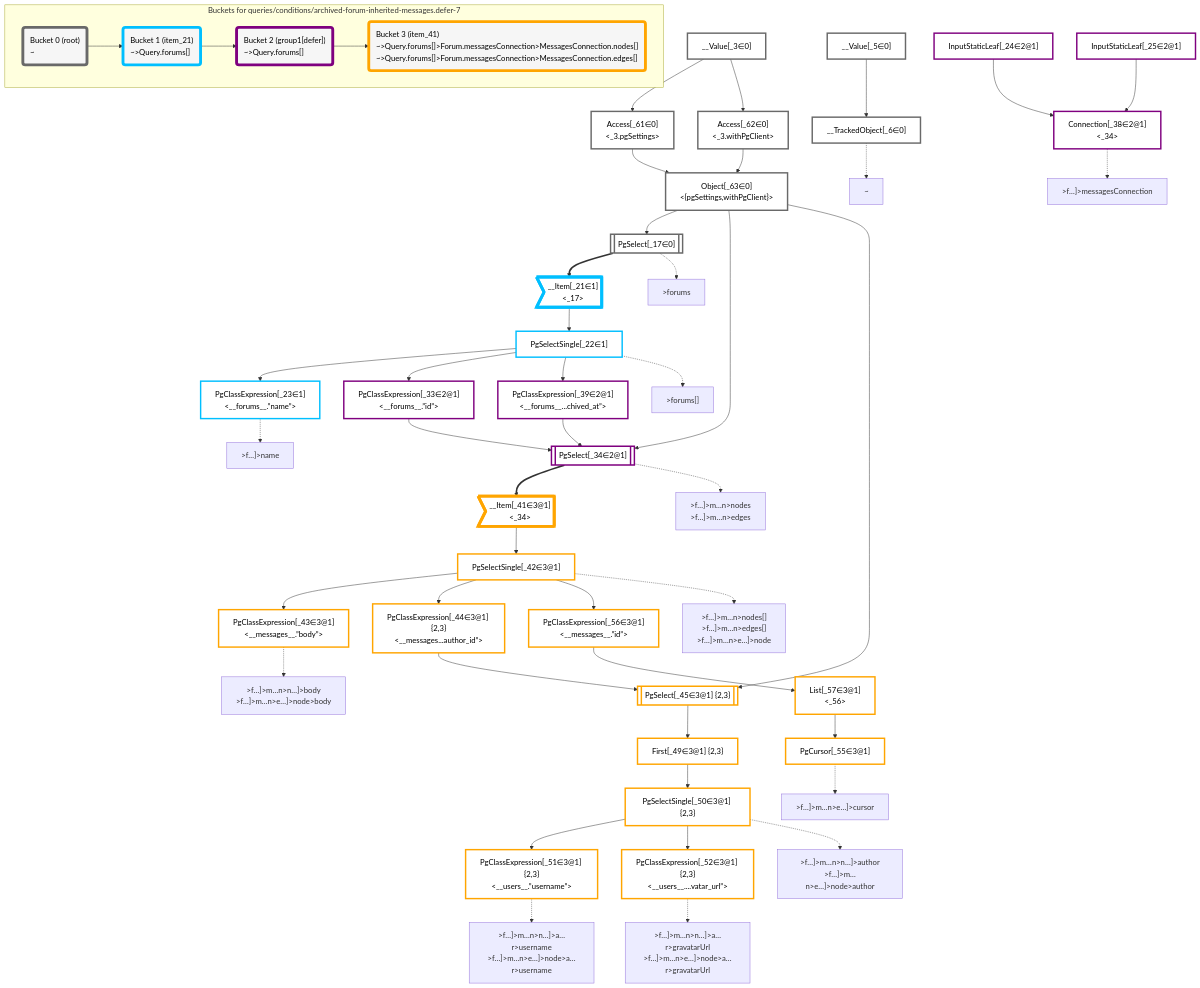
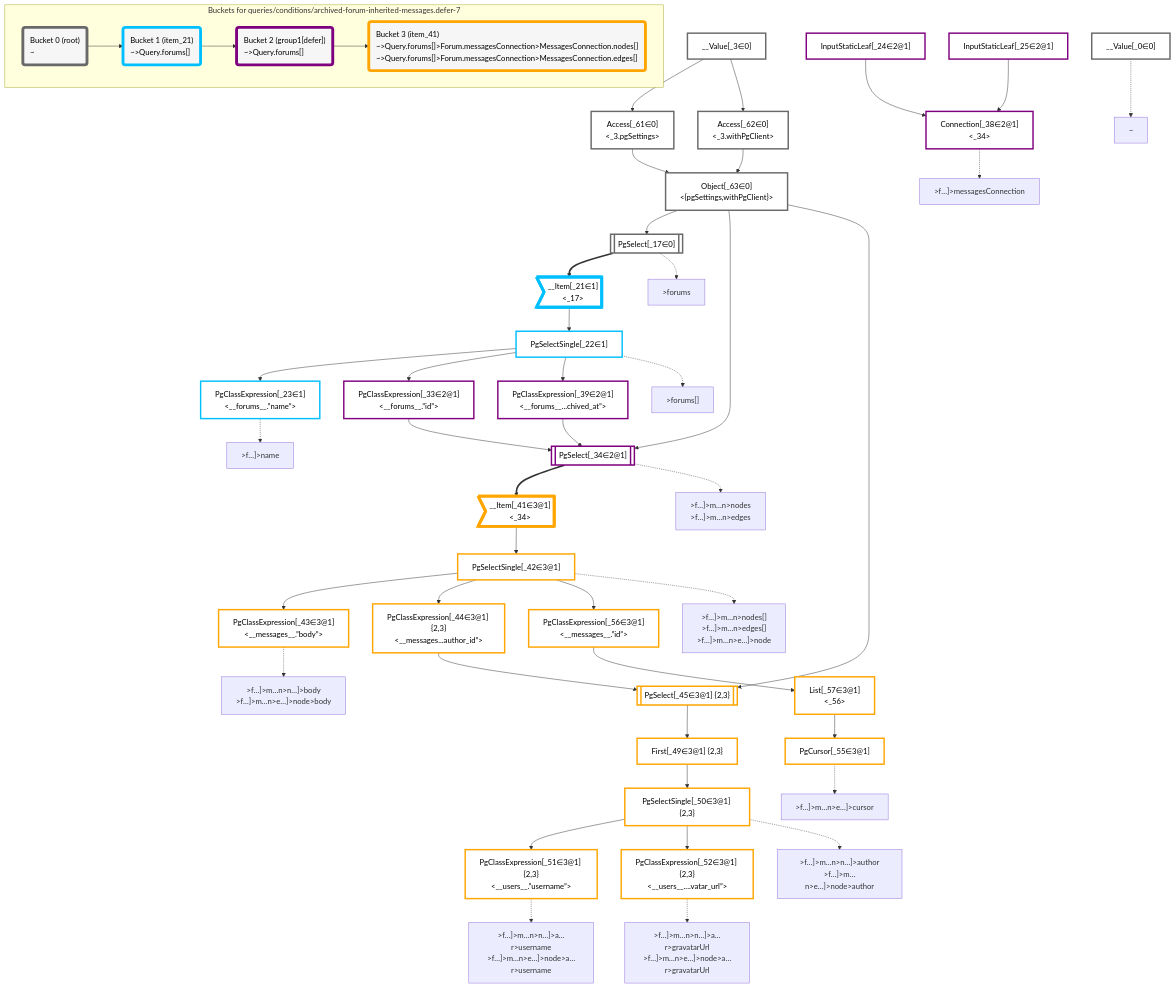
Before and after one commit to graphile/crystal: the diagram in packages/dataplan-pg/__tests__/queries/conditions/archived-forum-inherited-messages.defer-7.deopt.mermaid.md, drawn with Mermaid. The commit also changed 193 other files, not shown here.

Commit message:
Update test plan snapshots with new root plan

```diff
--- a/packages/dataplan-pg/__tests__/queries/conditions/archived-forum-inherited-messages.defer-7.deopt.mermaid.md
+++ b/packages/dataplan-pg/__tests__/queries/conditions/archived-forum-inherited-messages.defer-7.deopt.mermaid.md
@@ -8,9 +8,8 @@
 
 
     %% define plans
+    __Value_0["__Value[_0∈0]"]:::plan
     __Value_3["__Value[_3∈0]<br /><context>"]:::plan
-    __Value_5["__Value[_5∈0]<br /><rootValue>"]:::plan
-    __TrackedObject_6["__TrackedObject[_6∈0]"]:::plan
     PgSelect_17[["PgSelect[_17∈0]<br /><forums>"]]:::plan
     __Item_21>"__Item[_21∈1]<br /><_17>"]:::itemplan
     PgSelectSingle_22["PgSelectSingle[_22∈1]<br /><forums>"]:::plan
@@ -38,7 +37,6 @@
     Object_63["Object[_63∈0]<br /><{pgSettings,withPgClient}>"]:::plan
 
     %% plan dependencies
-    __Value_5 --> __TrackedObject_6
     Object_63 --> PgSelect_17
     PgSelect_17 ==> __Item_21
     __Item_21 --> PgSelectSingle_22
@@ -69,8 +67,8 @@
     Access_62 --> Object_63
 
     %% plan-to-path relationships
-    P_6["~"]
-    __TrackedObject_6 -.-> P_6
+    P_0["~"]
+    __Value_0 -.-> P_0
     P_17[">forums"]
     PgSelect_17 -.-> P_17
     P_22[">forums[]"]
@@ -96,7 +94,7 @@
 
     %% allocate buckets
     classDef bucket0 stroke:#696969
-    class __Value_3,__Value_5,__TrackedObject_6,PgSelect_17,Access_61,Access_62,Object_63 bucket0
+    class __Value_0,__Value_3,PgSelect_17,Access_61,Access_62,Object_63 bucket0
     classDef bucket1 stroke:#00bfff
     class __Item_21,PgSelectSingle_22,PgClassExpression_23 bucket1
     classDef bucket2 stroke:#7f007f
```
